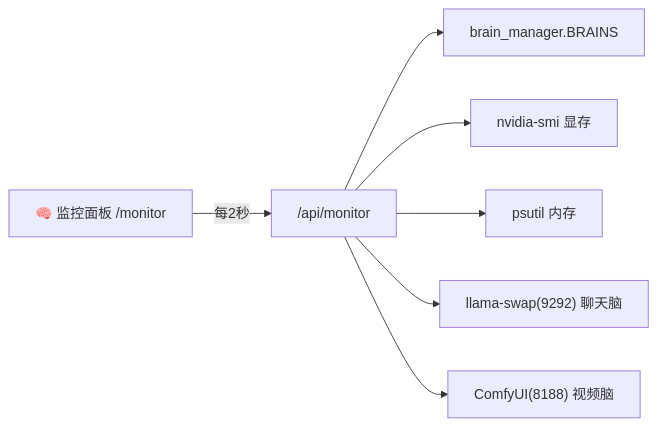
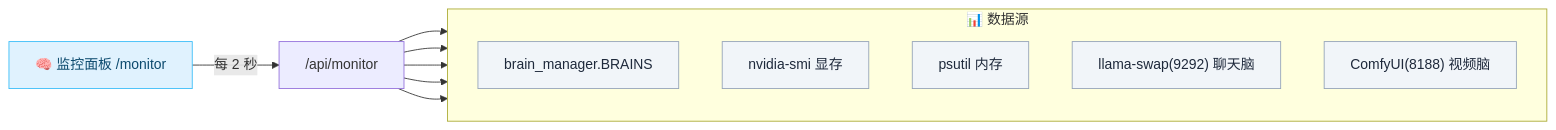
Before and after one commit to jiangchuangege/xiaojiao-harness: the seventh of 7 diagrams in README.md, drawn with Mermaid. The commit also changed other lines of this file and 1 other file, not shown here.

First line of the commit message:
docs: redesign all mermaid diagrams (layered, color-coded, cleaner)

````diff
--- a/README.md
+++ b/README.md
@@ -611,9 +727,20 @@
 ```mermaid
 flowchart LR
-    A["🧠 监控面板 /monitor"] -->|每2秒| B["/api/monitor"]
-    B --> C["brain_manager.BRAINS"]
-    B --> D["nvidia-smi 显存"]
-    B --> E["psutil 内存"]
-    B --> F["llama-swap(9292) 聊天脑"]
-    B --> G["ComfyUI(8188) 视频脑"]
+    A["🧠 监控面板 /monitor"] -->|每 2 秒| B["/api/monitor"]
+
+    subgraph DATA["📊 数据源"]
+        direction TB
+        C["brain_manager.BRAINS"]
+        D["nvidia-smi 显存"]
+        E["psutil 内存"]
+        F["llama-swap(9292) 聊天脑"]
+        G["ComfyUI(8188) 视频脑"]
+    end
+
+    B --> C & D & E & F & G
+
+    classDef panel fill:#e0f2fe,stroke:#38bdf8,color:#0c4a6e;
+    classDef data fill:#f1f5f9,stroke:#94a3b8,color:#1e293b;
+    class A panel;
+    class C,D,E,F,G data;
 ```
````
